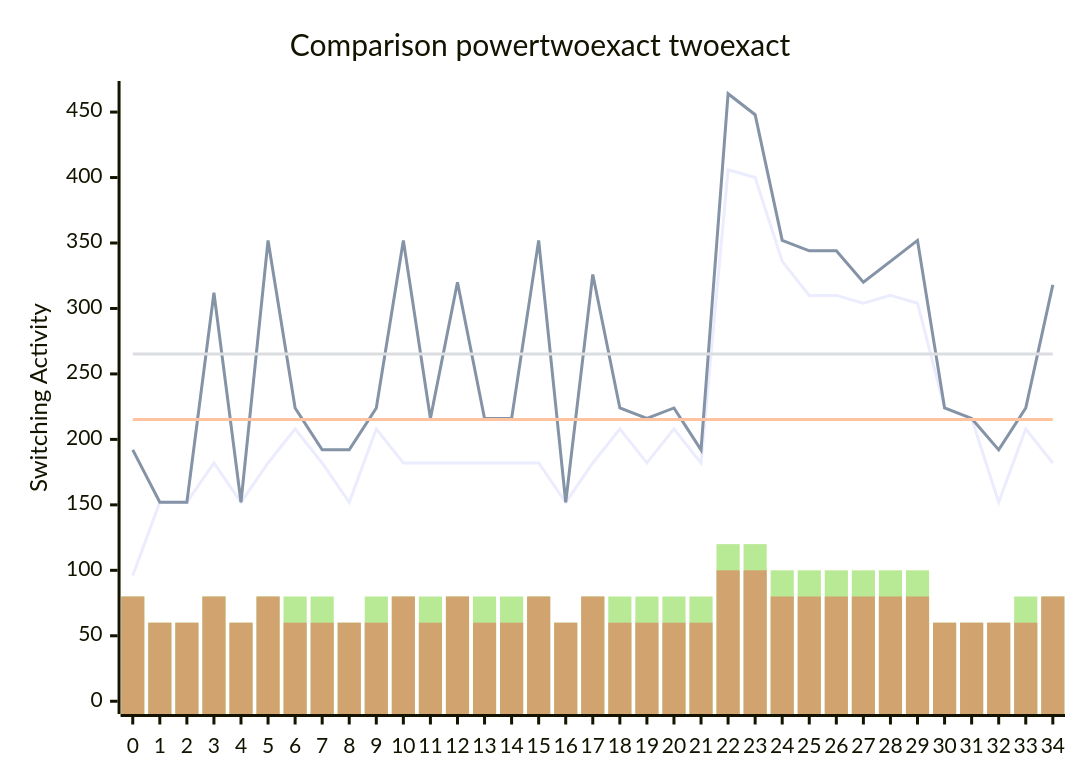
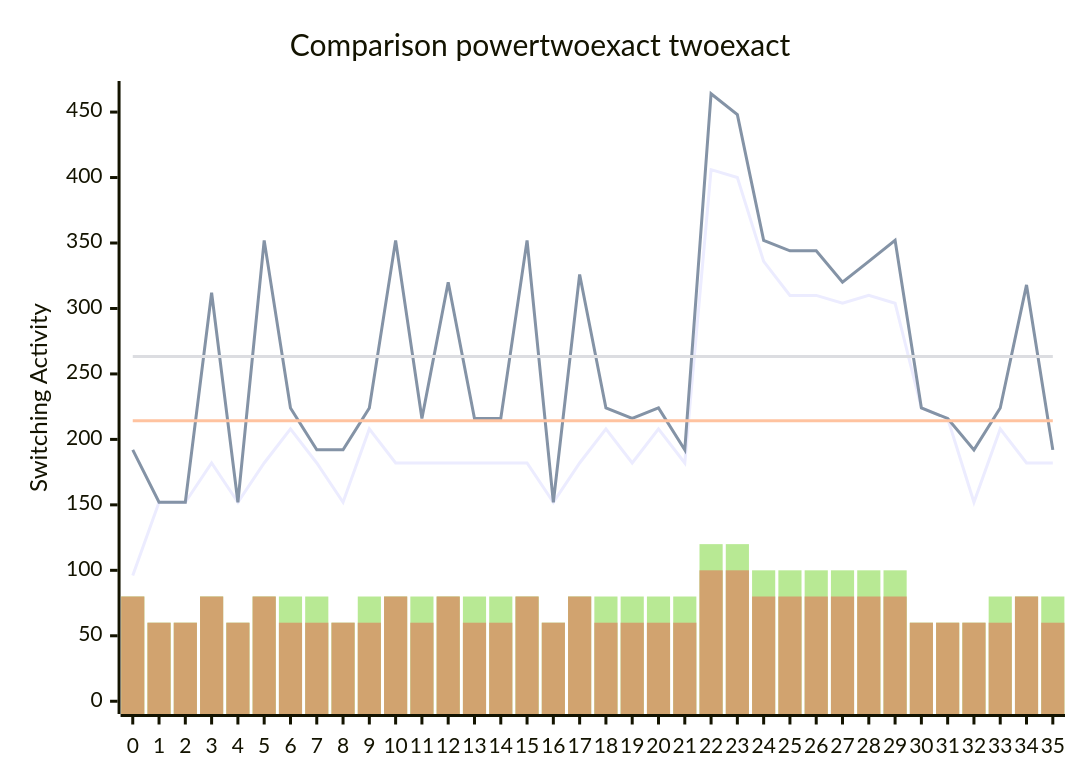
Before and after one commit to FeldmeierMichael/Exact-Power-Synthesis: the diagram in benchmark.md, drawn with Mermaid. The commit also changed other lines of this file and 2 other files, not shown here.

````diff
--- a/benchmark.md
+++ b/benchmark.md
@@ -71,12 +73,12 @@
 ```mermaid
 xychart-beta
     title "Comparison powertwoexact twoexact"
-    x-axis [0, 1, 2, 3, 4, 5, 6, 7, 8, 9, 10, 11, 12, 13, 14, 15, 16, 17, 18, 19, 20, 21, 22, 23, 24, 25, 26, 27, 28, 29, 30, 31, 32, 33, 34]
+    x-axis [0, 1, 2, 3, 4, 5, 6, 7, 8, 9, 10, 11, 12, 13, 14, 15, 16, 17, 18, 19, 20, 21, 22, 23, 24, 25, 26, 27, 28, 29, 30, 31, 32, 33, 34, 35]
     y-axis "Switching Activity" 0-->464
-    line [96, 152, 152, 182, 152, 182, 208, 182, 152, 208, 182, 182, 182, 182, 182, 182, 152, 182, 208, 182, 208, 182, 406, 400, 336, 310, 310, 304, 310, 304, 224, 216, 152, 208, 182]
-    line [192, 152, 152, 312, 152, 352, 224, 192, 192, 224, 352, 216, 320, 216, 216, 352, 152, 326, 224, 216, 224, 192, 464, 448, 352, 344, 344, 320, 336, 352, 224, 216, 192, 224, 318]
-    line [215.25714285714287, 215.25714285714287, 215.25714285714287, 215.25714285714287, 215.25714285714287, 215.25714285714287, 215.25714285714287, 215.25714285714287, 215.25714285714287, 215.25714285714287, 215.25714285714287, 215.25714285714287, 215.25714285714287, 215.25714285714287, 215.25714285714287, 215.25714285714287, 215.25714285714287, 215.25714285714287, 215.25714285714287, 215.25714285714287, 215.25714285714287, 215.25714285714287, 215.25714285714287, 215.25714285714287, 215.25714285714287, 215.25714285714287, 215.25714285714287, 215.25714285714287, 215.25714285714287, 215.25714285714287, 215.25714285714287, 215.25714285714287, 215.25714285714287, 215.25714285714287, 215.25714285714287]
-    line [265.25714285714287, 265.25714285714287, 265.25714285714287, 265.25714285714287, 265.25714285714287, 265.25714285714287, 265.25714285714287, 265.25714285714287, 265.25714285714287, 265.25714285714287, 265.25714285714287, 265.25714285714287, 265.25714285714287, 265.25714285714287, 265.25714285714287, 265.25714285714287, 265.25714285714287, 265.25714285714287, 265.25714285714287, 265.25714285714287, 265.25714285714287, 265.25714285714287, 265.25714285714287, 265.25714285714287, 265.25714285714287, 265.25714285714287, 265.25714285714287, 265.25714285714287, 265.25714285714287, 265.25714285714287, 265.25714285714287, 265.25714285714287, 265.25714285714287, 265.25714285714287, 265.25714285714287]
-    bar [80, 60, 60, 80, 60, 80, 80, 80, 60, 80, 80, 80, 80, 80, 80, 80, 60, 80, 80, 80, 80, 80, 120, 120, 100, 100, 100, 100, 100, 100, 60, 60, 60, 80, 80]
-    bar [80, 60, 60, 80, 60, 80, 60, 60, 60, 60, 80, 60, 80, 60, 60, 80, 60, 80, 60, 60, 60, 60, 100, 100, 80, 80, 80, 80, 80, 80, 60, 60, 60, 60, 80]
+    line [96, 152, 152, 182, 152, 182, 208, 182, 152, 208, 182, 182, 182, 182, 182, 182, 152, 182, 208, 182, 208, 182, 406, 400, 336, 310, 310, 304, 310, 304, 224, 216, 152, 208, 182, 182]
+    line [192, 152, 152, 312, 152, 352, 224, 192, 192, 224, 352, 216, 320, 216, 216, 352, 152, 326, 224, 216, 224, 192, 464, 448, 352, 344, 344, 320, 336, 352, 224, 216, 192, 224, 318, 192]
+    line [214.33333333333334, 214.33333333333334, 214.33333333333334, 214.33333333333334, 214.33333333333334, 214.33333333333334, 214.33333333333334, 214.33333333333334, 214.33333333333334, 214.33333333333334, 214.33333333333334, 214.33333333333334, 214.33333333333334, 214.33333333333334, 214.33333333333334, 214.33333333333334, 214.33333333333334, 214.33333333333334, 214.33333333333334, 214.33333333333334, 214.33333333333334, 214.33333333333334, 214.33333333333334, 214.33333333333334, 214.33333333333334, 214.33333333333334, 214.33333333333334, 214.33333333333334, 214.33333333333334, 214.33333333333334, 214.33333333333334, 214.33333333333334, 214.33333333333334, 214.33333333333334, 214.33333333333334, 214.33333333333334]
+    line [263.22222222222223, 263.22222222222223, 263.22222222222223, 263.22222222222223, 263.22222222222223, 263.22222222222223, 263.22222222222223, 263.22222222222223, 263.22222222222223, 263.22222222222223, 263.22222222222223, 263.22222222222223, 263.22222222222223, 263.22222222222223, 263.22222222222223, 263.22222222222223, 263.22222222222223, 263.22222222222223, 263.22222222222223, 263.22222222222223, 263.22222222222223, 263.22222222222223, 263.22222222222223, 263.22222222222223, 263.22222222222223, 263.22222222222223, 263.22222222222223, 263.22222222222223, 263.22222222222223, 263.22222222222223, 263.22222222222223, 263.22222222222223, 263.22222222222223, 263.22222222222223, 263.22222222222223, 263.22222222222223]
+    bar [80, 60, 60, 80, 60, 80, 80, 80, 60, 80, 80, 80, 80, 80, 80, 80, 60, 80, 80, 80, 80, 80, 120, 120, 100, 100, 100, 100, 100, 100, 60, 60, 60, 80, 80, 80]
+    bar [80, 60, 60, 80, 60, 80, 60, 60, 60, 60, 80, 60, 80, 60, 60, 80, 60, 80, 60, 60, 60, 60, 100, 100, 80, 80, 80, 80, 80, 80, 60, 60, 60, 60, 80, 60]
 ```
````
